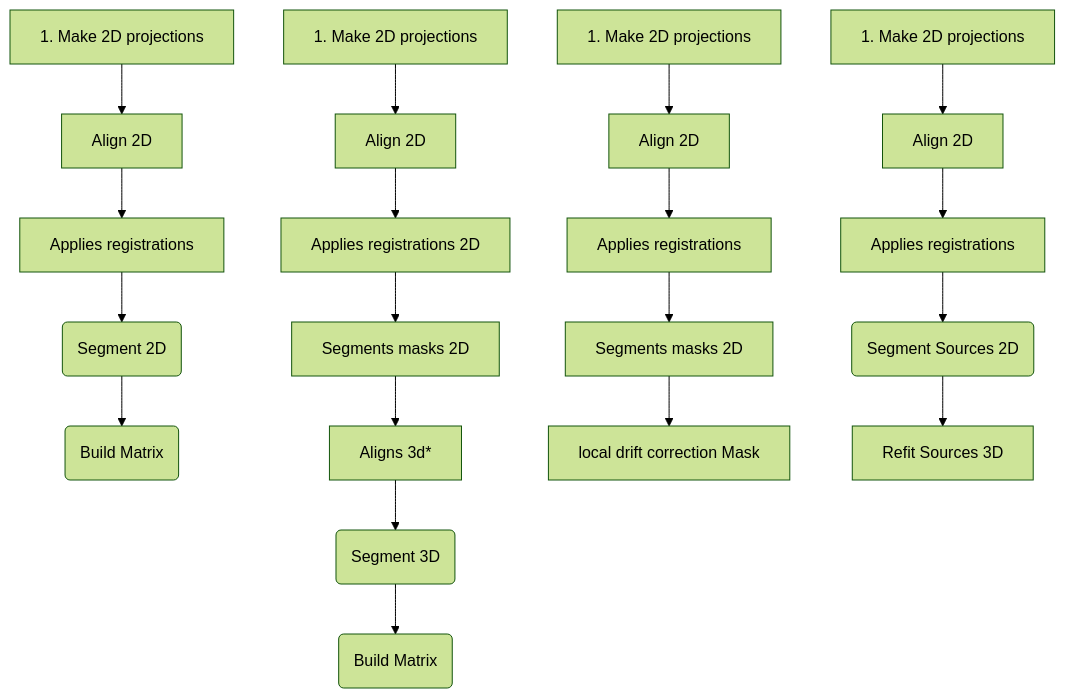
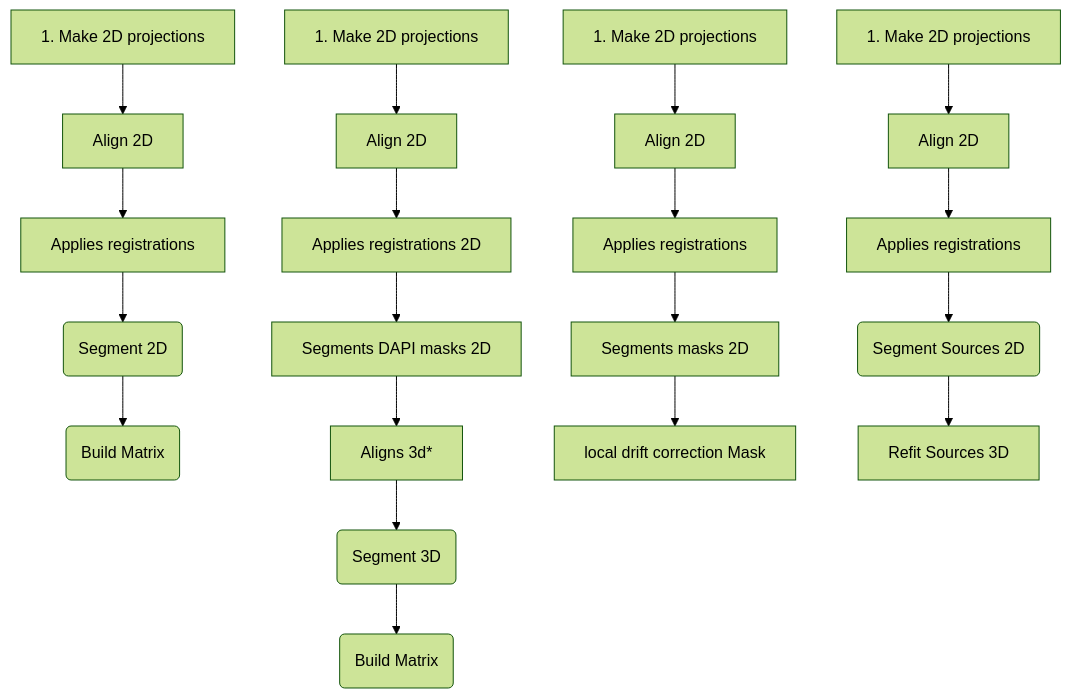
Before and after one commit to marcnol/pyHiM: the second of 2 diagrams in docs/Running_pyHiM.md, drawn with Mermaid (forest theme). The commit also changed other lines of this file, not shown here.

````diff
--- a/docs/Running_pyHiM.md
+++ b/docs/Running_pyHiM.md
@@ -83,12 +85,12 @@
 ```mermaid
 graph TD
 	B[1. Make 2D projections] --> C[Align 2D]--> D[Applies registrations] --> E(Segment 2D) --> F(Build Matrix)
 	
-	B1[1. Make 2D projections] --> C1[Align 2D]--> D1[Applies registrations 2D] --> E1[Segments masks 2D] --> C2[Aligns 3d*] --> E12(Segment 3D) --> F1(Build Matrix)
+	B1[1. Make 2D projections] --> C1[Align 2D]--> D1[Applies registrations 2D] --> E1[Segments DAPI masks 2D] --> C2[Aligns 3d*] --> E12(Segment 3D) --> F1(Build Matrix)
 	
 	B3[1. Make 2D projections] --> C3[Align 2D]--> D3[Applies registrations] --> E3[Segments masks 2D]--> C32[local drift correction Mask] 
 	
 	B4[1. Make 2D projections] --> C4[Align 2D]--> D4[Applies registrations] --> E4(Segment Sources 2D) --> E41[Refit Sources 3D] 
 	
 
 ```
````
